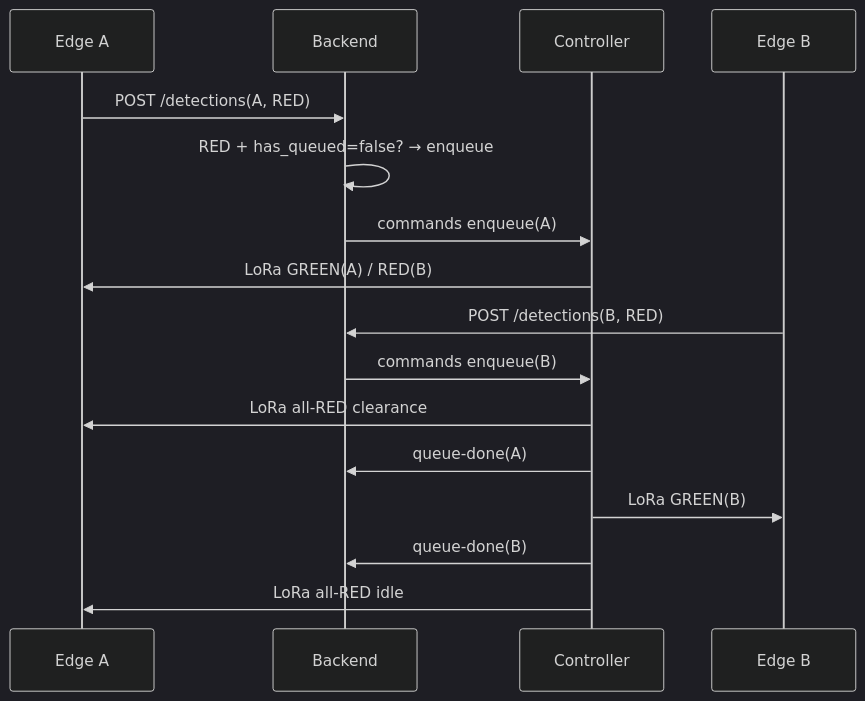
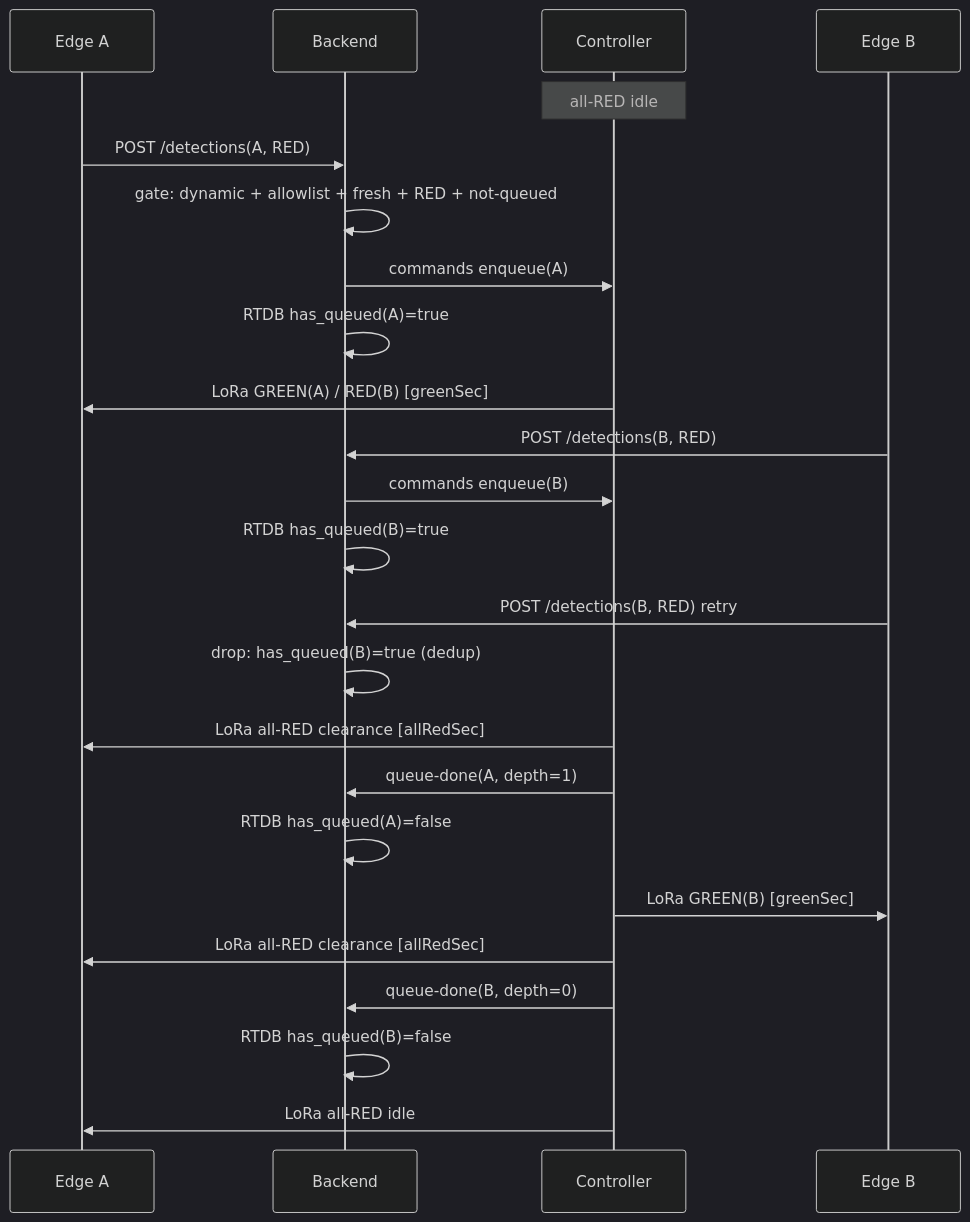
Before and after one commit to vclane/vclane-docs: the fourth of 4 diagrams in docs/traffic-controller.md, drawn with Mermaid (dark theme). The commit also changed other lines of this file and 6 other files, not shown here.

````diff
--- a/docs/traffic-controller.md
+++ b/docs/traffic-controller.md
@@ -178,18 +208,26 @@
 ```mermaid
 sequenceDiagram
     participant A as Edge A
     participant S as Backend
     participant C as Controller
     participant B as Edge B
+    Note over C: all-RED idle
     A->>S: POST /detections(A, RED)
-    S->>S: RED + has_queued=false? → enqueue
+    S->>S: gate: dynamic + allowlist + fresh + RED + not-queued
     S->>C: commands enqueue(A)
-    C->>A: LoRa GREEN(A) / RED(B)
+    S->>S: RTDB has_queued(A)=true
+    C->>A: LoRa GREEN(A) / RED(B) [greenSec]
     B->>S: POST /detections(B, RED)
     S->>C: commands enqueue(B)
-    C->>A: LoRa all-RED clearance
-    C->>S: queue-done(A)
-    C->>B: LoRa GREEN(B)
-    C->>S: queue-done(B)
+    S->>S: RTDB has_queued(B)=true
+    B->>S: POST /detections(B, RED) retry
+    S->>S: drop: has_queued(B)=true (dedup)
+    C->>A: LoRa all-RED clearance [allRedSec]
+    C->>S: queue-done(A, depth=1)
+    S->>S: RTDB has_queued(A)=false
+    C->>B: LoRa GREEN(B) [greenSec]
+    C->>A: LoRa all-RED clearance [allRedSec]
+    C->>S: queue-done(B, depth=0)
+    S->>S: RTDB has_queued(B)=false
     C->>A: LoRa all-RED idle
 ```
````
